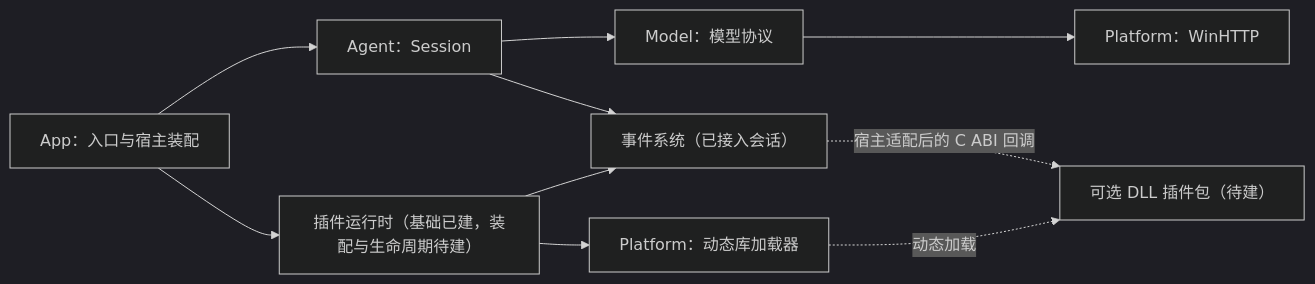
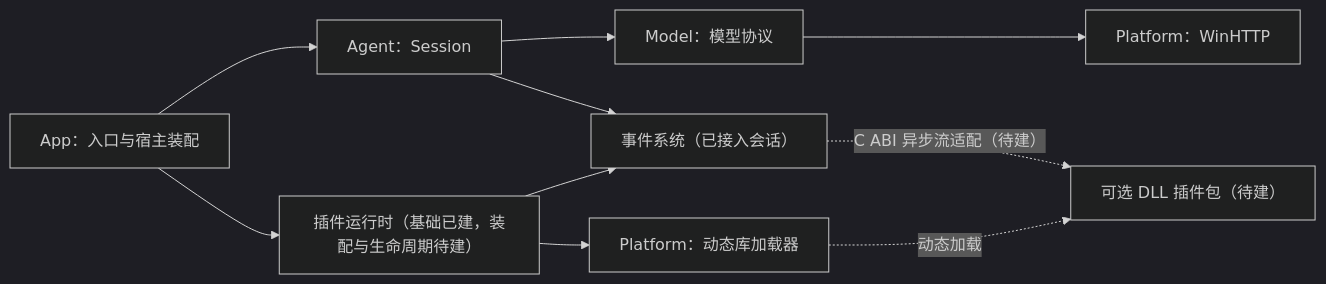
The diagram in docs/foundation-development-guide.md (AuraKaliya/DaFeiYu-), drawn with Mermaid (dark theme) before and after one commit. The commit also changed other lines of this file and 3 other files, not shown here.

````diff
--- a/docs/foundation-development-guide.md
+++ b/docs/foundation-development-guide.md
@@ -64,12 +64,12 @@
 ```mermaid
 flowchart LR
     App["App：入口与宿主装配"] --> Agent["Agent：Session"]
     Agent --> Model["Model：模型协议"]
     Model --> HTTP["Platform：WinHTTP"]
     App --> Manager["插件运行时（基础已建，装配与生命周期待建）"]
     Agent --> Events["事件系统（已接入会话）"]
     Manager --> Events
     Manager --> Loader["Platform：动态库加载器"]
     Loader -. "动态加载" .-> Plugin["可选 DLL 插件包（待建）"]
-    Events -. "宿主适配后的 C ABI 回调" .-> Plugin
+    Events -. "C ABI 异步流适配（待建）" .-> Plugin
 ```
````
